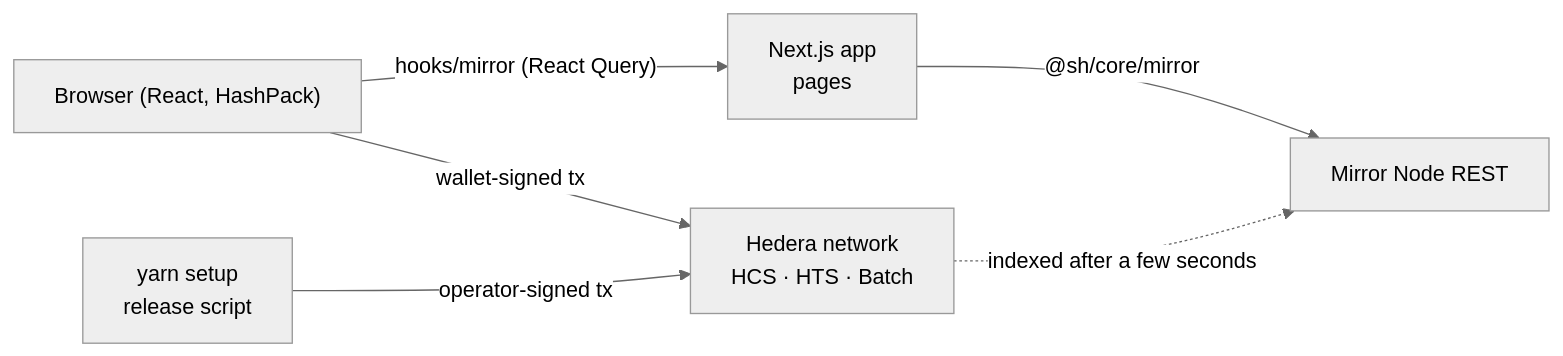
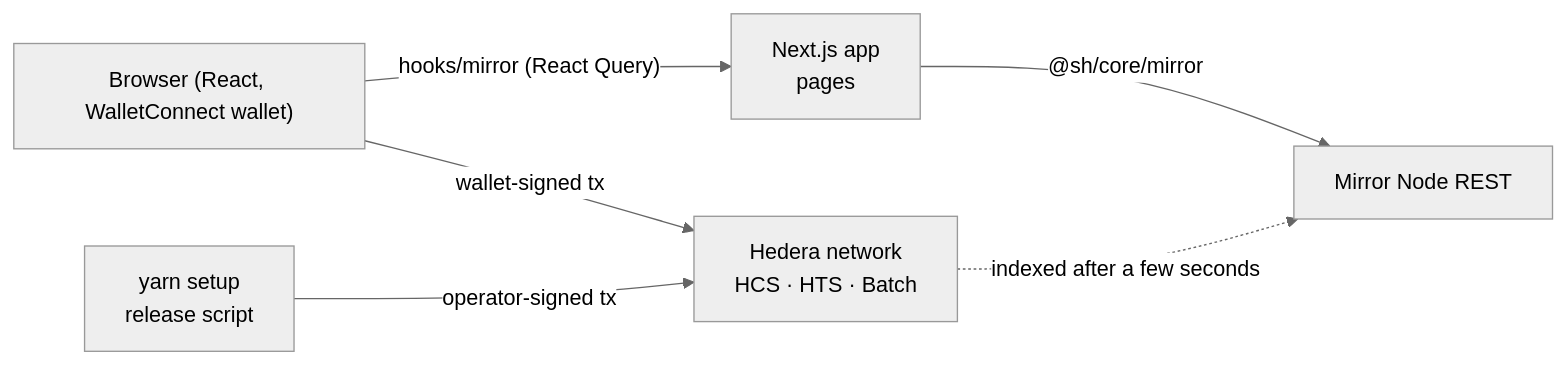
One commit to SpaceUY/hedera-governed-operations changed the first of 5 diagrams in docs/ARCHITECTURE.md. Above: the diagram before and after it, drawn with Mermaid (neutral theme). The commit also changed other lines of this file and 3 other files, not shown here.

````diff
--- a/docs/ARCHITECTURE.md
+++ b/docs/ARCHITECTURE.md
@@ -21,14 +21,14 @@
 ```mermaid
 flowchart LR
-  Browser["Browser (React, HashPack)"]
+  Browser["Browser (React, WalletConnect wallet)"]
   App["Next.js app<br/>pages"]
   Scripts["yarn setup<br/>release script"]
   Hedera["Hedera network<br/>HCS · HTS · Batch"]
   Mirror["Mirror Node REST"]
 
   Browser -- "wallet-signed tx" --> Hedera
   Browser -- "hooks/mirror (React Query)" --> App
   Scripts -- "operator-signed tx" --> Hedera
   App -- "@sh/core/mirror" --> Mirror
   Hedera -. "indexed after a few seconds" .-> Mirror
 ```
````
